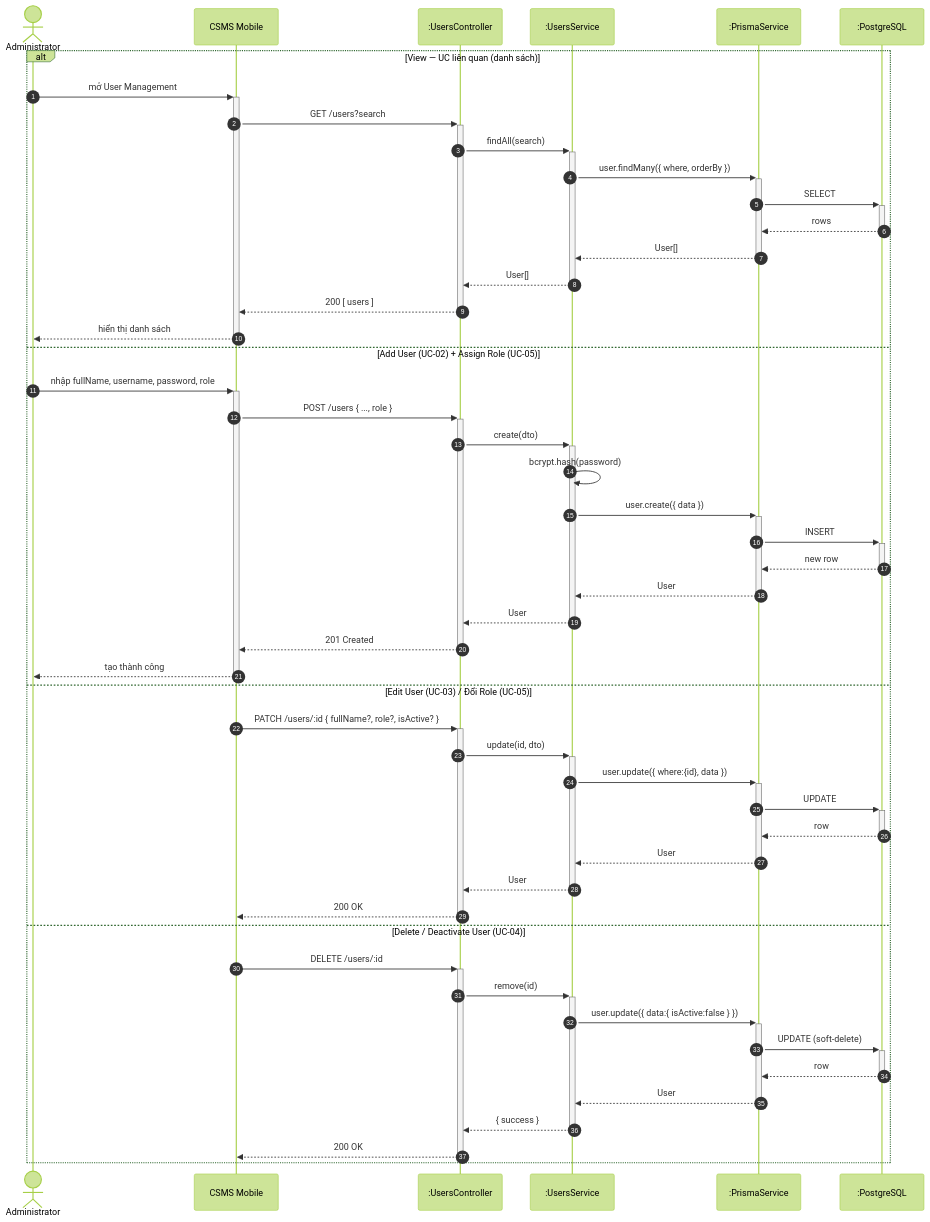
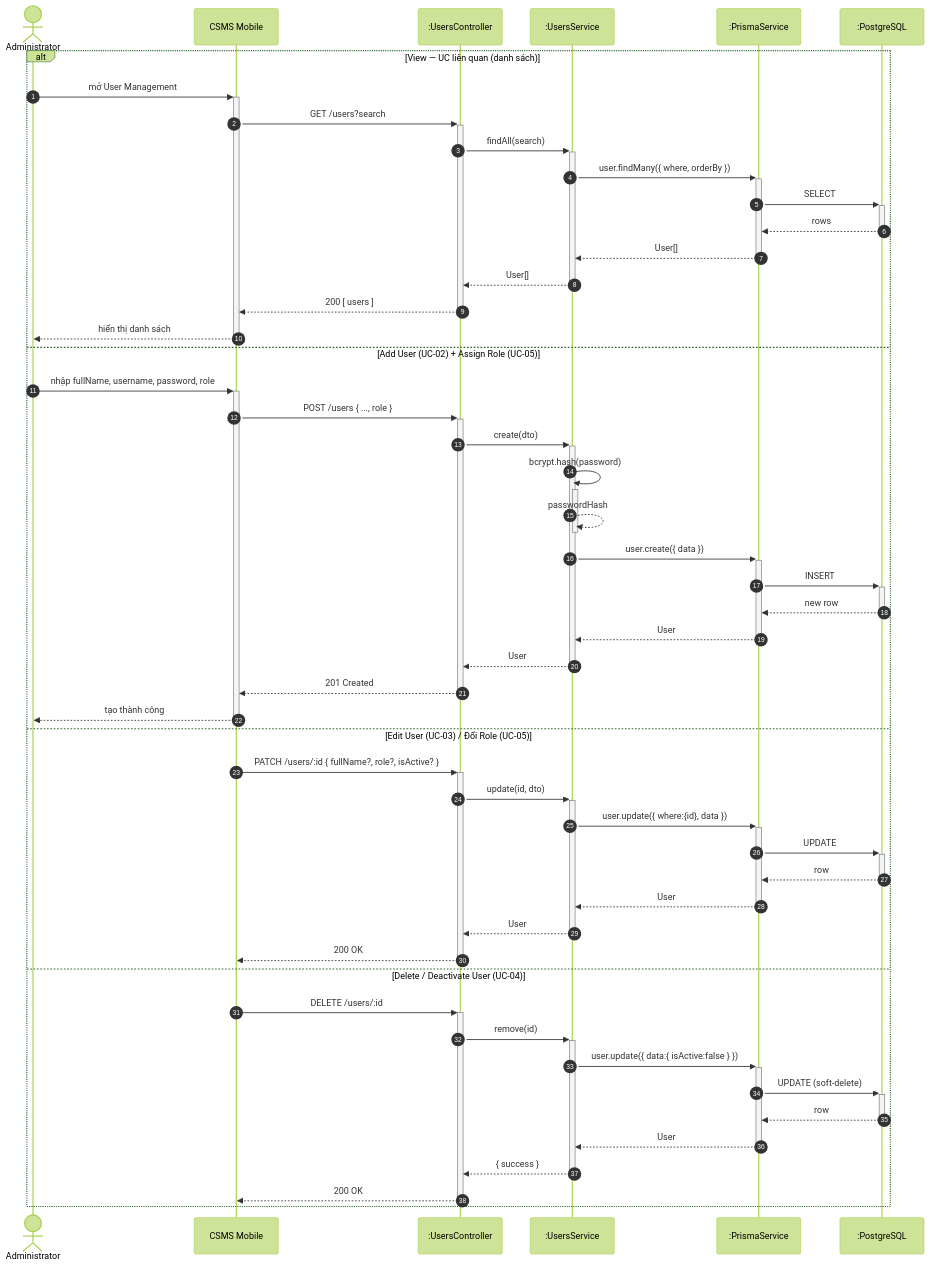
Before and after one commit to callmehai/Cafe-Shop-Management-System: the third of 17 diagrams in docs/sequence-diagrams.md, drawn with Mermaid (forest theme). The commit also changed other lines of this file and 2 other files, not shown here.

Commit message:
docs: add class diagrams, sequence diagrams, and system requirement specification for CSMS

````diff
--- a/docs/sequence-diagrams.md
+++ b/docs/sequence-diagrams.md
@@ -145,53 +147,54 @@
 ```mermaid
 sequenceDiagram
     autonumber
     actor A as Administrator
     participant App as CSMS Mobile
     participant API as :UsersController
     participant SVC as :UsersService
     participant ORM as :PrismaService
     participant DB as :PostgreSQL
 
     alt View — UC liên quan (danh sách)
         A->>+App: mở User Management
         App->>+API: GET /users?search
         API->>+SVC: findAll(search)
         SVC->>+ORM: user.findMany({ where, orderBy })
         ORM->>+DB: SELECT
         DB-->>-ORM: rows
         ORM-->>-SVC: User[]
         SVC-->>-API: User[]
         API-->>-App: 200 [ users ]
         App-->>-A: hiển thị danh sách
     else Add User (UC-02) + Assign Role (UC-05)
         A->>+App: nhập fullName, username, password, role
         App->>+API: POST /users { ..., role }
         API->>+SVC: create(dto)
-        SVC->>SVC: bcrypt.hash(password)
+        SVC->>+SVC: bcrypt.hash(password)
+        SVC-->>-SVC: passwordHash
         SVC->>+ORM: user.create({ data })
         ORM->>+DB: INSERT
         DB-->>-ORM: new row
         ORM-->>-SVC: User
         SVC-->>-API: User
         API-->>-App: 201 Created
         App-->>-A: tạo thành công
     else Edit User (UC-03) / Đổi Role (UC-05)
         App->>+API: PATCH /users/:id { fullName?, role?, isActive? }
         API->>+SVC: update(id, dto)
         SVC->>+ORM: user.update({ where:{id}, data })
         ORM->>+DB: UPDATE
         DB-->>-ORM: row
         ORM-->>-SVC: User
         SVC-->>-API: User
         API-->>-App: 200 OK
     else Delete / Deactivate User (UC-04)
         App->>+API: DELETE /users/:id
         API->>+SVC: remove(id)
         SVC->>+ORM: user.update({ data:{ isActive:false } })
         ORM->>+DB: UPDATE (soft-delete)
         DB-->>-ORM: row
         ORM-->>-SVC: User
         SVC-->>-API: { success }
         API-->>-App: 200 OK
     end
 ```
````
